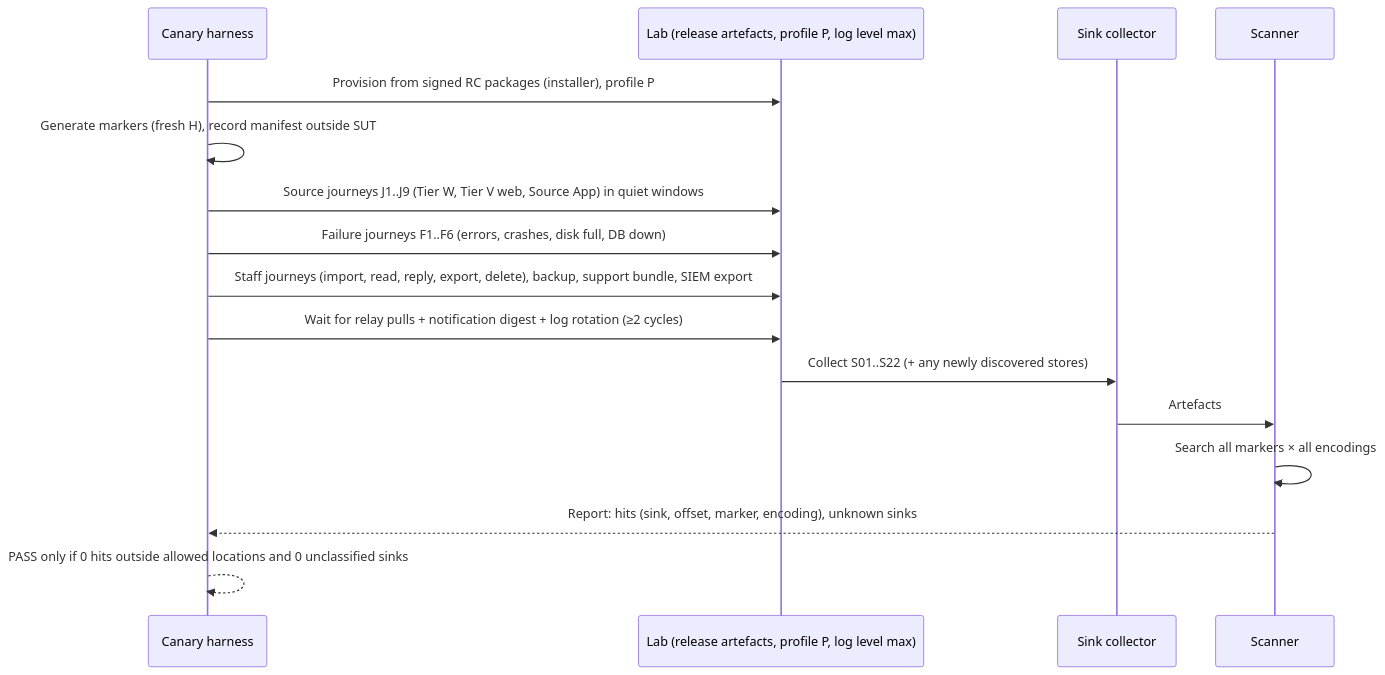
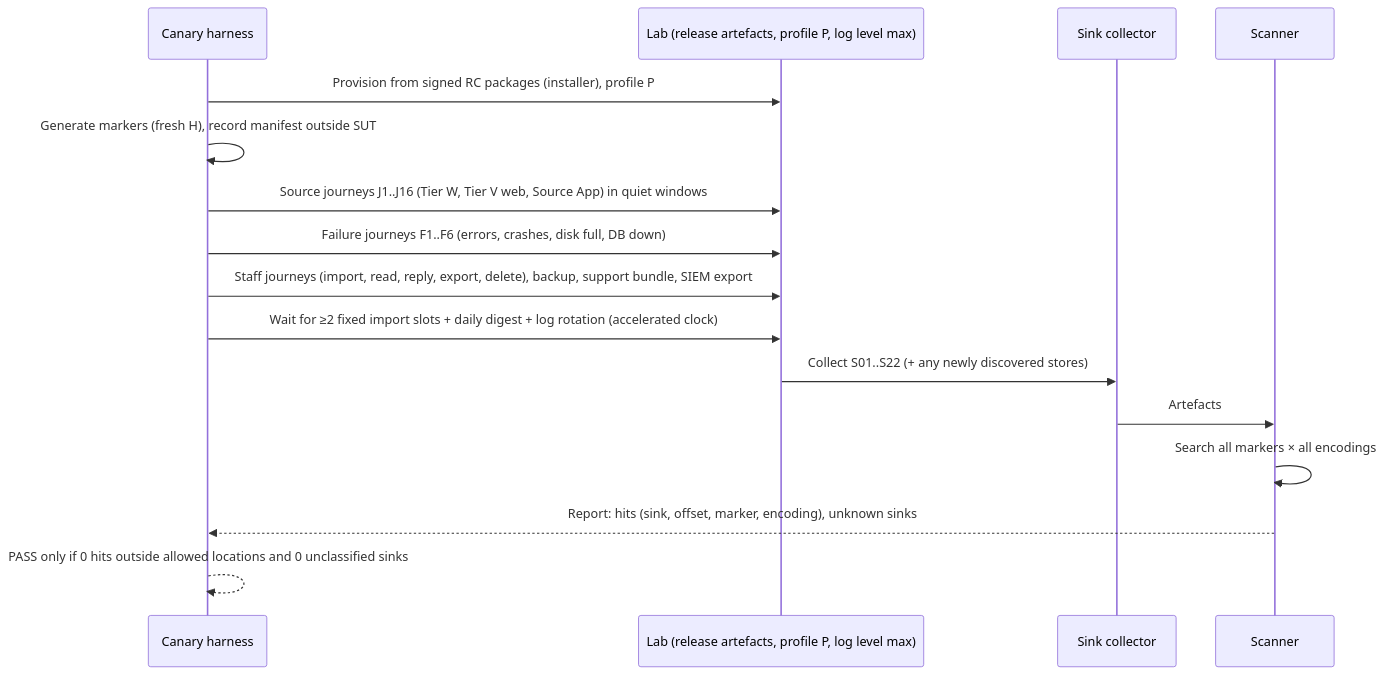
One commit to djshellshoxxx/leaks changed the diagram in specs/30-ANONYMITY-TESTING.md. Above: the diagram before and after it, drawn with Mermaid. The commit also changed other lines of this file and 24 other files, not shown here.

````diff
--- a/specs/30-ANONYMITY-TESTING.md
+++ b/specs/30-ANONYMITY-TESTING.md
@@ -110,18 +119,18 @@
 ```mermaid
 sequenceDiagram
   participant H as Canary harness
   participant L as Lab (release artefacts, profile P, log level max)
   participant S as Sink collector
   participant X as Scanner
   H->>L: Provision from signed RC packages (installer), profile P
   H->>H: Generate markers (fresh H), record manifest outside SUT
-  H->>L: Source journeys J1..J9 (Tier W, Tier V web, Source App) in quiet windows
+  H->>L: Source journeys J1..J16 (Tier W, Tier V web, Source App) in quiet windows
   H->>L: Failure journeys F1..F6 (errors, crashes, disk full, DB down)
   H->>L: Staff journeys (import, read, reply, export, delete), backup, support bundle, SIEM export
-  H->>L: Wait for relay pulls + notification digest + log rotation (≥2 cycles)
+  H->>L: Wait for ≥2 fixed import slots + daily digest + log rotation (accelerated clock)
   L->>S: Collect S01..S22 (+ any newly discovered stores)
   S->>X: Artefacts
   X->>X: Search all markers × all encodings
   X-->>H: Report: hits (sink, offset, marker, encoding), unknown sinks
   H-->>H: PASS only if 0 hits outside allowed locations and 0 unclassified sinks
 ```
````
